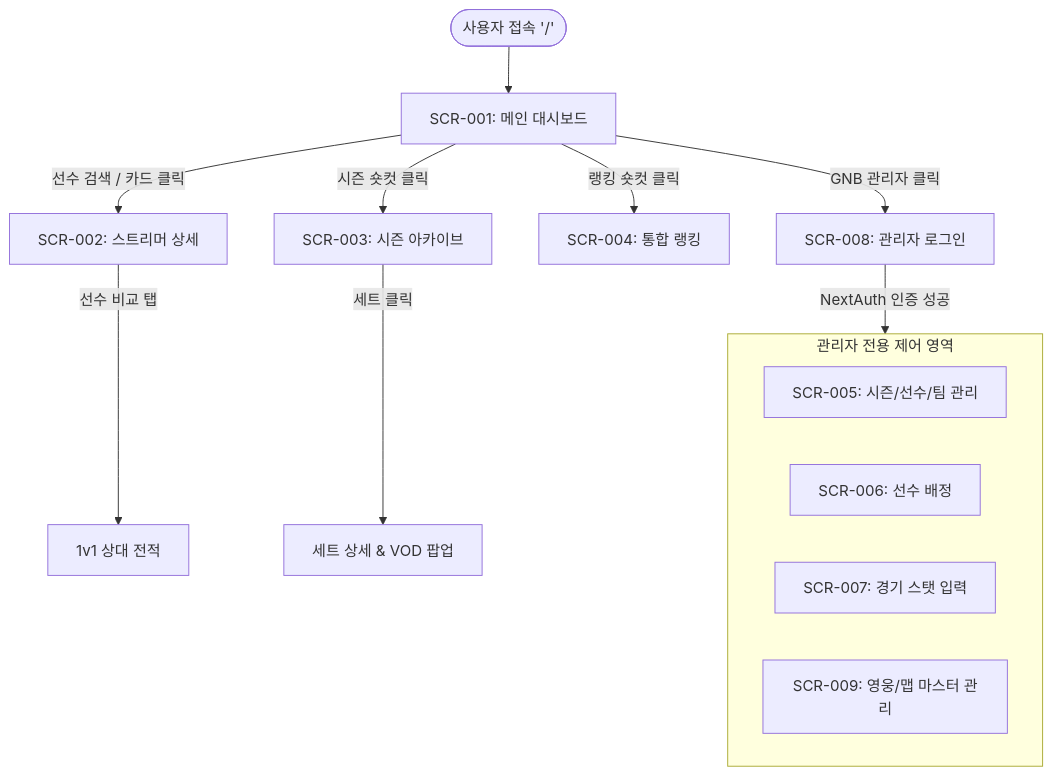
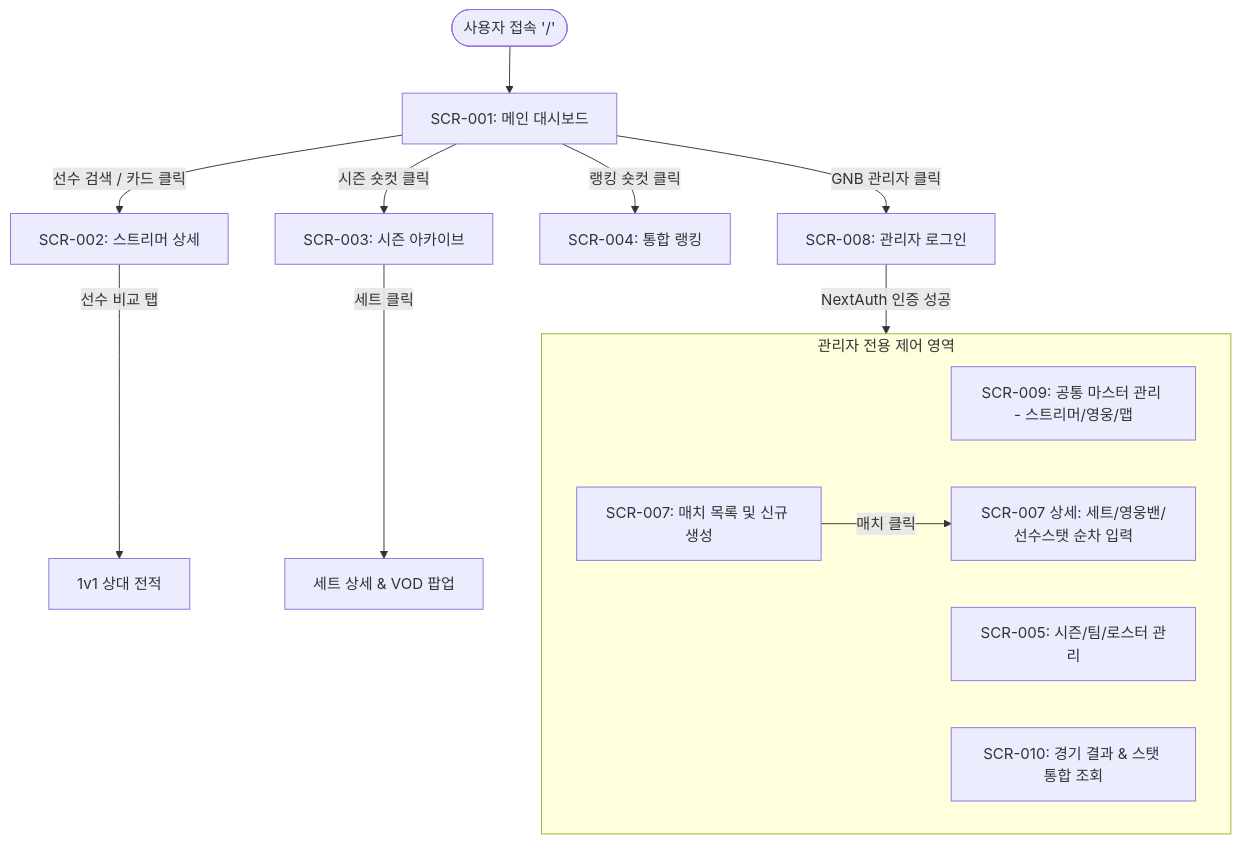
One commit to junhyeon0325/ROMS changed the diagram in 산출물/초기계획/ROMS_메뉴구성도.md. Above: the diagram before and after it, drawn with Mermaid. The commit also changed other lines of this file and 5 other files, not shown here.

````diff
--- a/산출물/초기계획/ROMS_메뉴구성도.md
+++ b/산출물/초기계획/ROMS_메뉴구성도.md
@@ -88,21 +86,21 @@
 ```mermaid
 flowchart TD
     Start([사용자 접속 '/']) --> SCR001[SCR-001: 메인 대시보드]
 
     SCR001 -->|선수 검색 / 카드 클릭| SCR002[SCR-002: 스트리머 상세]
     SCR001 -->|시즌 숏컷 클릭| SCR003[SCR-003: 시즌 아카이브]
     SCR001 -->|랭킹 숏컷 클릭| SCR004[SCR-004: 통합 랭킹]
 
     SCR002 -->|선수 비교 탭| SCR002_Compare[1v1 상대 전적]
     SCR003 -->|세트 클릭| SCR003_Modal[세트 상세 & VOD 팝업]
 
     SCR001 -->|GNB 관리자 클릭| SCR008[SCR-008: 관리자 로그인]
     SCR008 -->|NextAuth 인증 성공| AdminGroup[Admin Portal]
 
     subgraph AdminGroup [관리자 전용 제어 영역]
-        SCR005[SCR-005: 시즌/선수/팀 관리]
-        SCR006[SCR-006: 선수 배정]
-        SCR007[SCR-007: 경기 스탯 입력]
-        SCR009[SCR-009: 영웅/맵 마스터 관리]
+        SCR009[SCR-009: 공통 마스터 관리 - 스트리머/영웅/맵]
+        SCR005[SCR-005: 시즌/팀/로스터 관리]
+        SCR007[SCR-007: 매치 목록 및 신규 생성] -->|매치 클릭| SCR007_Detail[SCR-007 상세: 세트/영웅밴/선수스탯 순차 입력]
+        SCR010[SCR-010: 경기 결과 & 스탯 통합 조회]
     end
 ```
````
